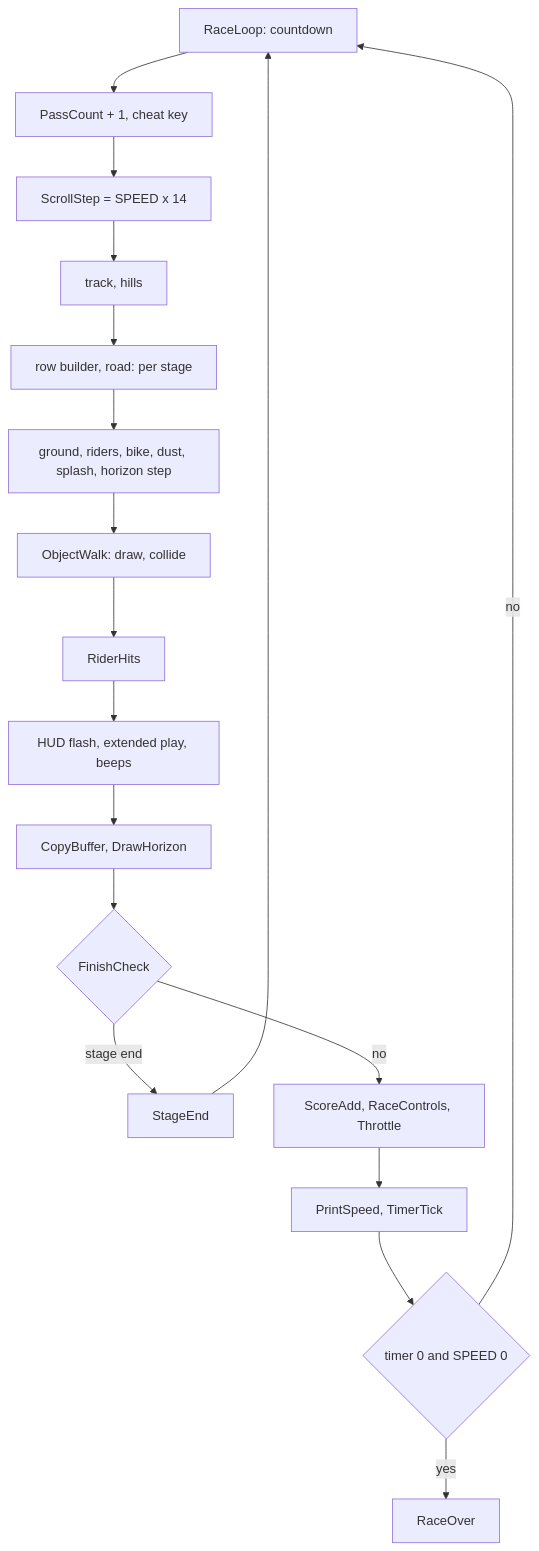
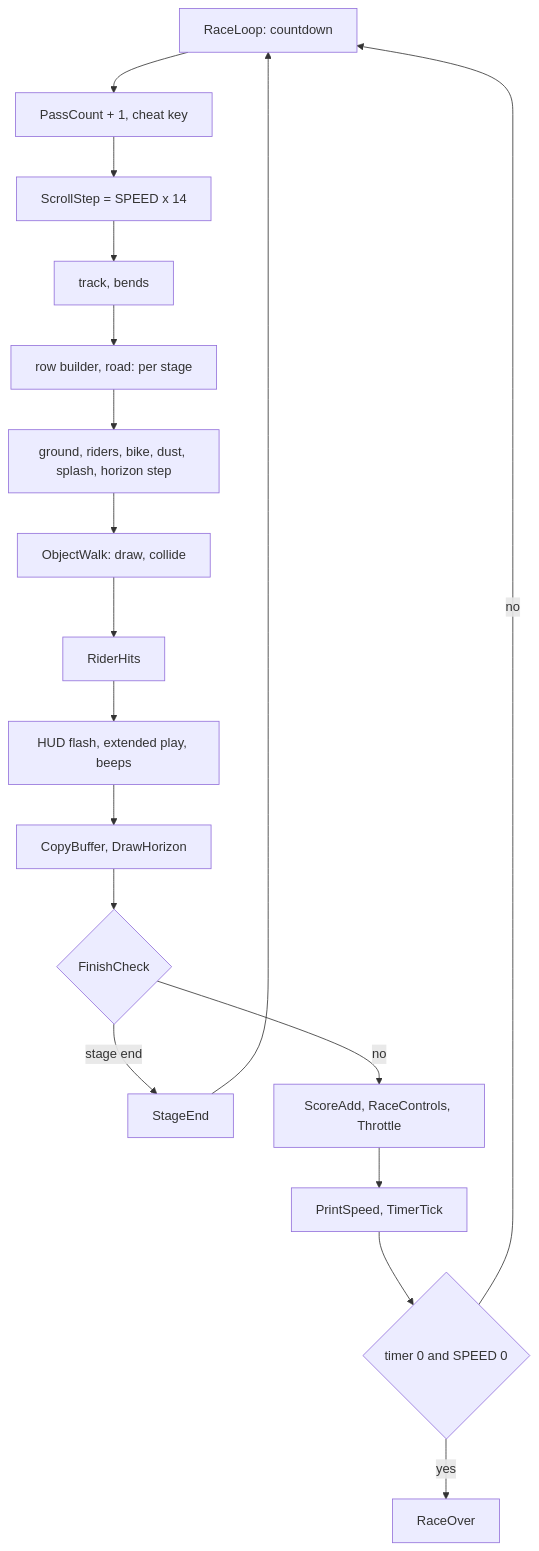
The sixth of 9 diagrams in games/enduro-racer/docs/04-game-loop.md (alfishe/unrealng-reverse-cases), drawn with Mermaid before and after one commit. The commit also changed other lines of this file and 79 other files, not shown here.

````diff
--- a/games/enduro-racer/docs/04-game-loop.md
+++ b/games/enduro-racer/docs/04-game-loop.md
@@ -558,20 +558,20 @@
 ```mermaid
 flowchart TD
     A["RaceLoop: countdown"] --> B["PassCount + 1, cheat key"]
     B --> C["ScrollStep = SPEED x 14"]
-    C --> D["track, hills"]
+    C --> D["track, bends"]
     D --> E["row builder, road: per stage"]
     E --> F["ground, riders, bike, dust, splash, horizon step"]
     F --> G["ObjectWalk: draw, collide"]
     G --> H["RiderHits"]
     H --> I["HUD flash, extended play, beeps"]
     I --> J["CopyBuffer, DrawHorizon"]
     J --> K{"FinishCheck"}
     K -->|"stage end"| L["StageEnd"]
     L --> A
     K -->|"no"| M["ScoreAdd, RaceControls, Throttle"]
     M --> N["PrintSpeed, TimerTick"]
     N --> O{"timer 0 and SPEED 0"}
     O -->|no| A
     O -->|yes| P["RaceOver"]
 ```
````
